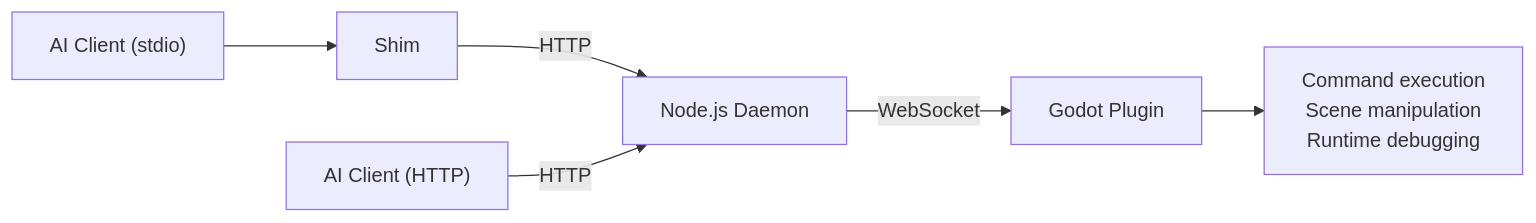
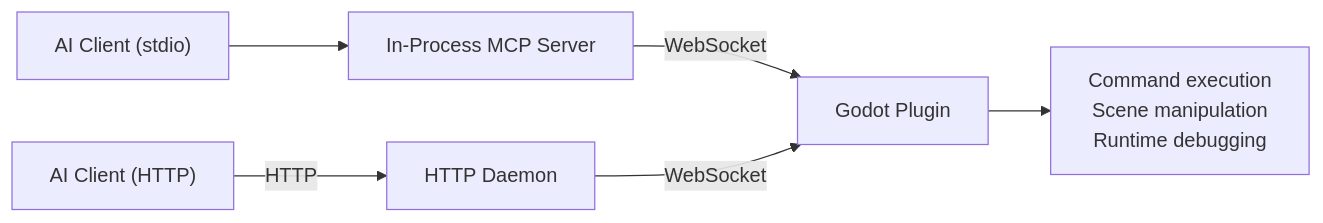
The first of 2 diagrams in README.md (elfensky/godot-mcp), drawn with Mermaid before and after one commit. The commit also changed other lines of this file and 9 other files, not shown here.

````diff
--- a/README.md
+++ b/README.md
@@ -9,8 +9,8 @@
 ```mermaid
 graph LR
-    A1["AI Client (stdio)"] --> Shim["Shim"]
-    Shim -->|HTTP| Daemon["Node.js Daemon"]
-    A2["AI Client (HTTP)"] -->|HTTP| Daemon
-    Daemon -->|WebSocket| Plugin["Godot Plugin"]
+    A1["AI Client (stdio)"] --> Server["In-Process MCP Server"]
+    A2["AI Client (HTTP)"] -->|HTTP| Daemon["HTTP Daemon"]
+    Server -->|WebSocket| Plugin["Godot Plugin"]
+    Daemon -->|WebSocket| Plugin
     Plugin --> Exec["Command execution\nScene manipulation\nRuntime debugging"]
 ```
````
